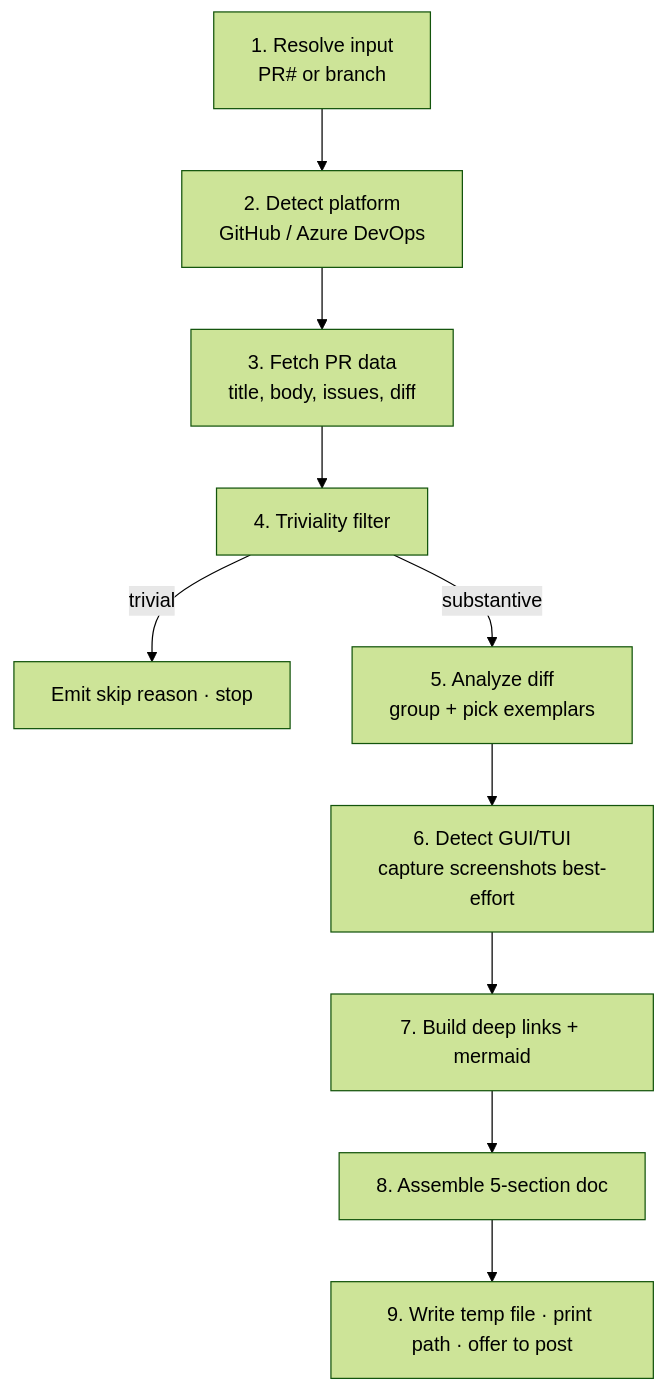
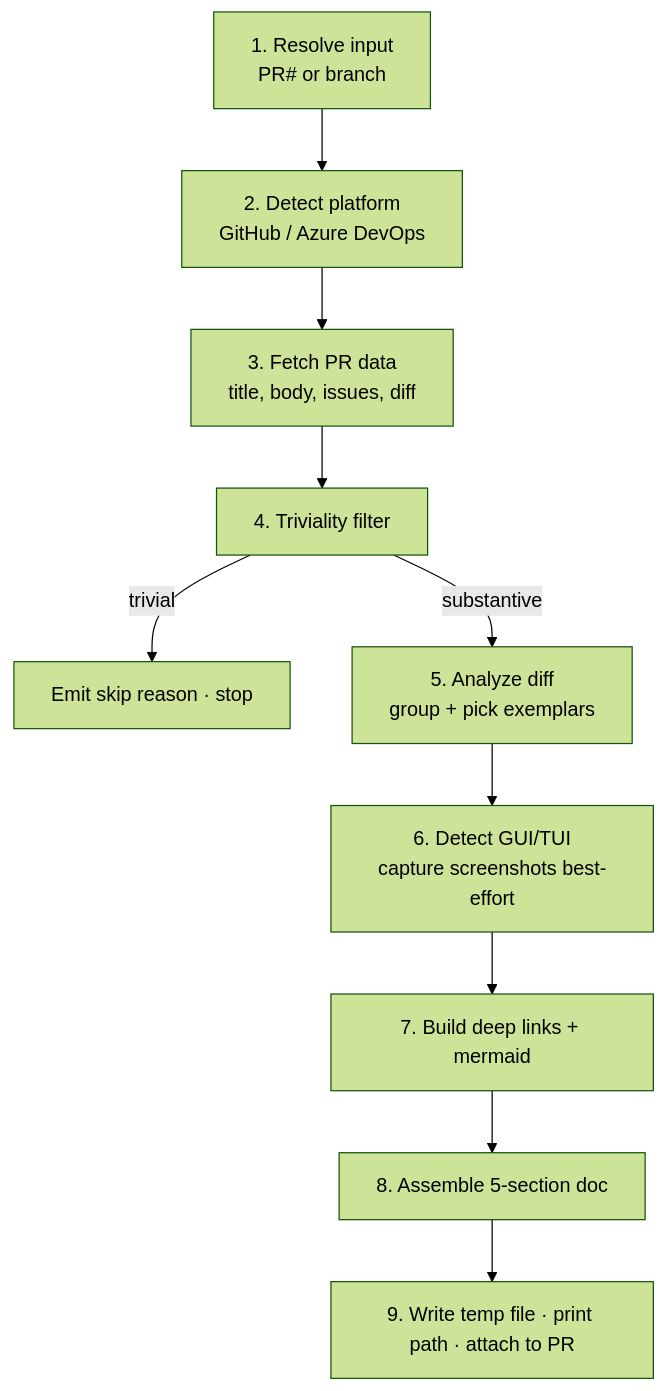
The diagram in amplifier-bundle/skills/pr-guide/SKILL.md (rysweet/amplihack-rs), drawn with Mermaid (forest theme) before and after one commit. The commit also changed other lines of this file and 3 other files, not shown here.

First line of the commit message:
feat: pr-guide clarity pass, guide back-link, ADO mermaid fallback (#824)

````diff
--- a/amplifier-bundle/skills/pr-guide/SKILL.md
+++ b/amplifier-bundle/skills/pr-guide/SKILL.md
@@ -46,12 +46,12 @@
 ```mermaid
 flowchart TD
     A[1. Resolve input<br/>PR# or branch] --> B[2. Detect platform<br/>GitHub / Azure DevOps]
     B --> C[3. Fetch PR data<br/>title, body, issues, diff]
     C --> D[4. Triviality filter]
     D -->|trivial| Skip[Emit skip reason · stop]
     D -->|substantive| E[5. Analyze diff<br/>group + pick exemplars]
     E --> F[6. Detect GUI/TUI<br/>capture screenshots best-effort]
     F --> G[7. Build deep links + mermaid]
     G --> H[8. Assemble 5-section doc]
-    H --> I[9. Write temp file · print path · offer to post]
+    H --> I[9. Write temp file · print path · attach to PR]
 ```
````
